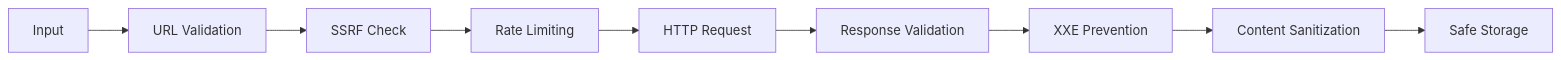
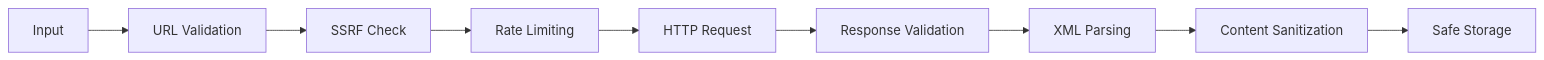
Before and after one commit to rmusser01/tldw_chatbook: the fourth of 4 diagrams in tldw_chatbook/Subscriptions/SUB-Arch.md, drawn with Mermaid. The commit also changed other lines of this file, not shown here.

Commit message:
docs(subscriptions): clarify XML parser hardening

````diff
--- a/tldw_chatbook/Subscriptions/SUB-Arch.md
+++ b/tldw_chatbook/Subscriptions/SUB-Arch.md
@@ -301,11 +301,11 @@
 ```mermaid
 graph LR
     A[Input] --> B[URL Validation]
     B --> C[SSRF Check]
     C --> D[Rate Limiting]
     D --> E[HTTP Request]
     E --> F[Response Validation]
-    F --> G[XXE Prevention]
+    F --> G[XML Parsing]
     G --> H[Content Sanitization]
     H --> I[Safe Storage]
 ```
````
